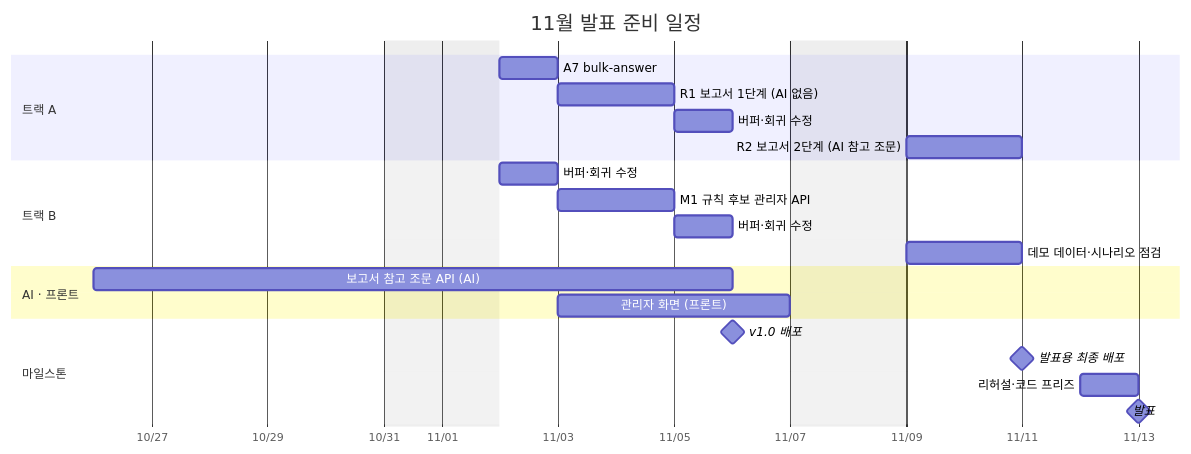
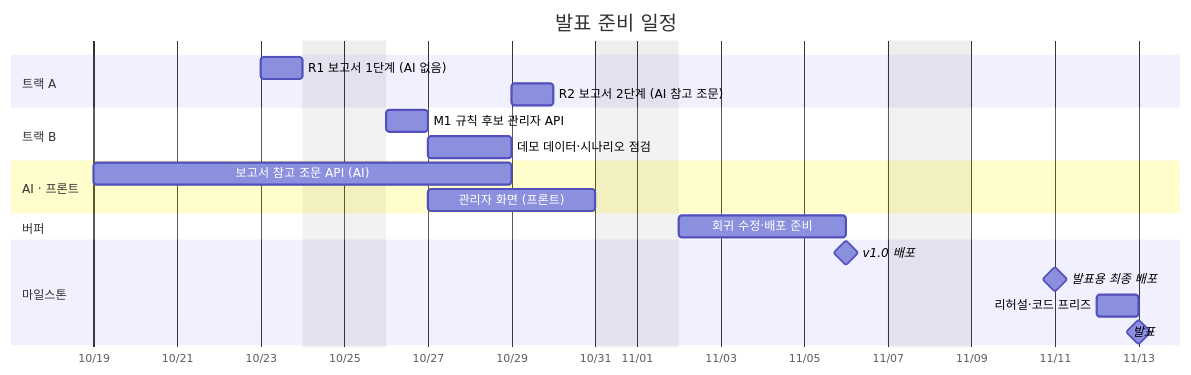
One commit to RainDrop3/ktc4-pusan-4 changed the fourth of 4 diagrams in docs/backend_api_plan.md. Above: the diagram before and after it, drawn with Mermaid. The commit also changed other lines of this file, not shown here.

````diff
--- a/docs/backend_api_plan.md
+++ b/docs/backend_api_plan.md
@@ -277,29 +292,28 @@
 ```mermaid
 gantt
-    title 11월 발표 준비 일정
+    title 발표 준비 일정
     dateFormat YYYY-MM-DD
     axisFormat %m/%d
     excludes weekends
 
     section 트랙 A
-    A7 bulk-answer                :na7, 2026-11-02, 1d
-    R1 보고서 1단계 (AI 없음)     :r1, after na7, 2d
-    버퍼·회귀 수정                :abuf, after r1, 1d
-    R2 보고서 2단계 (AI 참고 조문) :r2, 2026-11-09, 2d
+    R1 보고서 1단계 (AI 없음)      :r1, 2026-10-23, 1d
+    R2 보고서 2단계 (AI 참고 조문) :r2, 2026-10-29, 1d
 
     section 트랙 B
-    버퍼·회귀 수정                :bbuf, 2026-11-02, 1d
-    M1 규칙 후보 관리자 API       :m1, after bbuf, 2d
-    버퍼·회귀 수정                :bbuf2, after m1, 1d
-    데모 데이터·시나리오 점검     :demo, 2026-11-09, 2d
+    M1 규칙 후보 관리자 API        :m1, 2026-10-26, 1d
+    데모 데이터·시나리오 점검      :demo, 2026-10-27, 2d
 
     section AI · 프론트
-    보고서 참고 조문 API (AI)     :ai1, 2026-10-26, 2026-11-06
-    관리자 화면 (프론트)          :fe1, 2026-11-03, 4d
+    보고서 참고 조문 API (AI)      :ai1, 2026-10-19, 2026-10-29
+    관리자 화면 (프론트)           :fe1, 2026-10-27, 4d
+
+    section 버퍼
+    회귀 수정·배포 준비            :buf, 2026-11-02, 4d
 
     section 마일스톤
-    v1.0 배포                     :milestone, rel, 2026-11-06, 0d
-    발표용 최종 배포              :milestone, fin, 2026-11-11, 0d
-    리허설·코드 프리즈            :freeze, 2026-11-12, 1d
-    발표                          :milestone, pres, 2026-11-13, 0d
+    v1.0 배포                      :milestone, rel, 2026-11-06, 0d
+    발표용 최종 배포               :milestone, fin, 2026-11-11, 0d
+    리허설·코드 프리즈             :freeze, 2026-11-12, 1d
+    발표                           :milestone, pres, 2026-11-13, 0d
 ```
````
